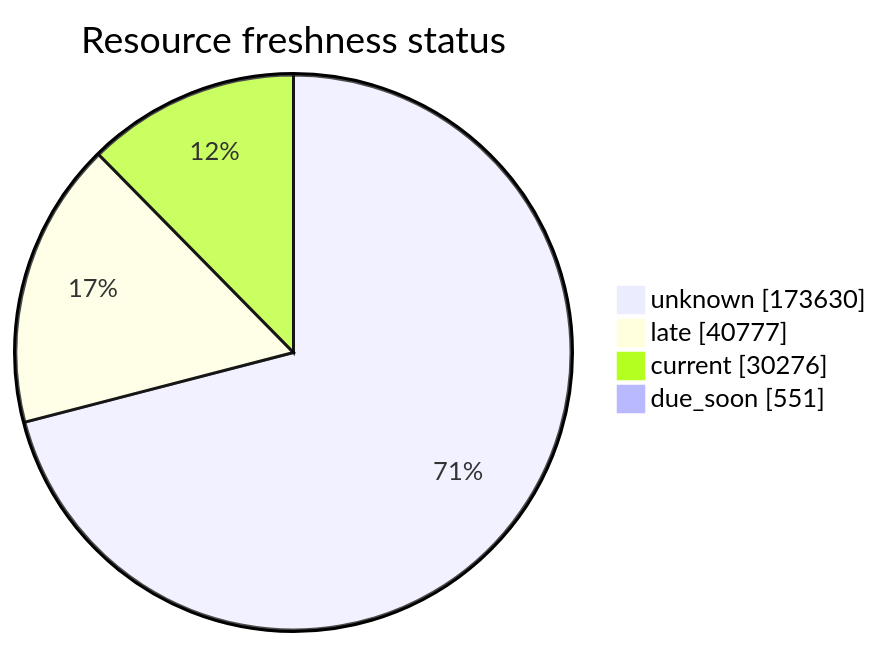
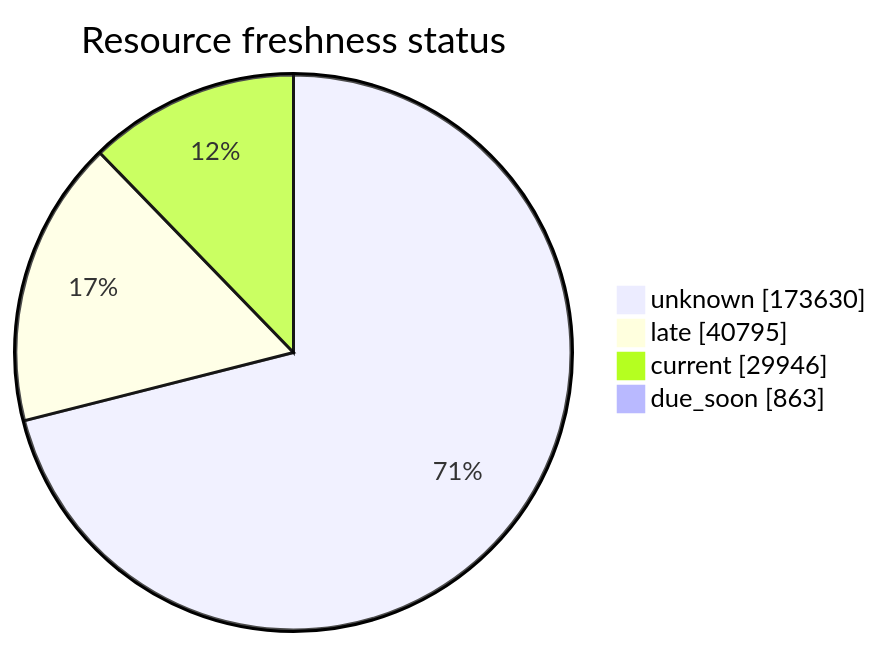
Before and after one commit to open-data/analytics-corporate-reporting: the third of 5 diagrams in FreshCheck/README.md, drawn with Mermaid. The commit also changed other lines of this file and 3 other files, not shown here.

````diff
--- a/FreshCheck/README.md
+++ b/FreshCheck/README.md
@@ -77,7 +77,7 @@
 ```mermaid
 pie showData title Resource freshness status
     "unknown": 173630
-    "late": 40777
-    "current": 30276
-    "due_soon": 551
+    "late": 40795
+    "current": 29946
+    "due_soon": 863
 ```
````
